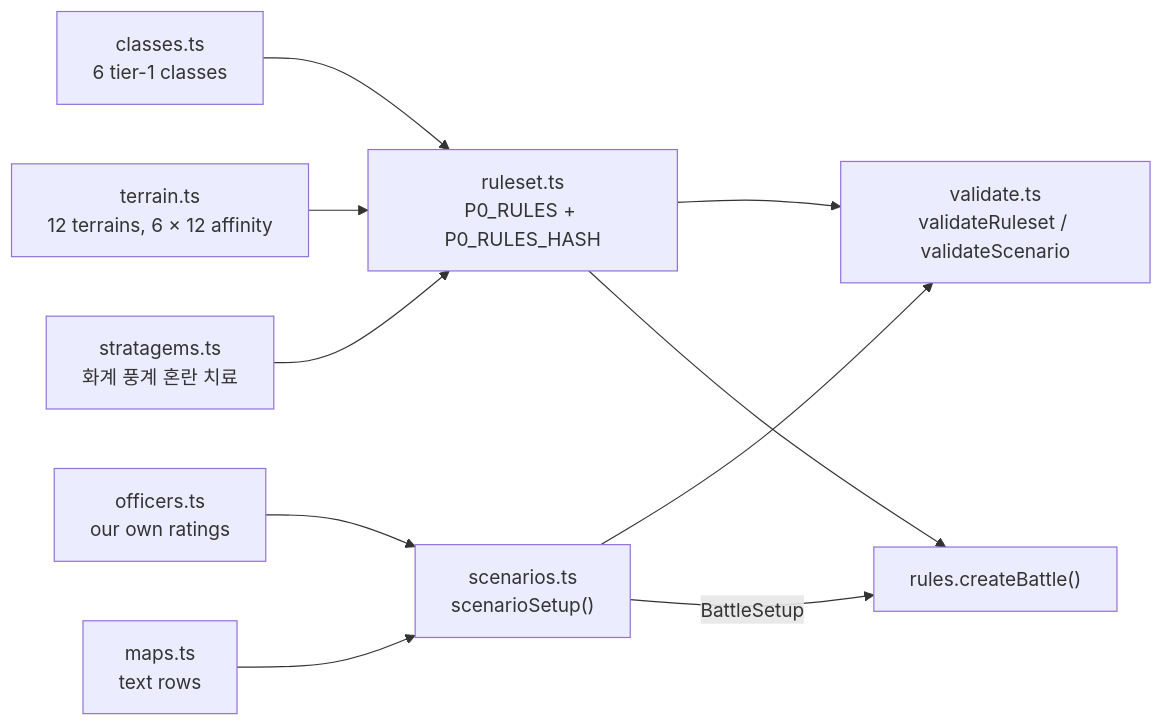
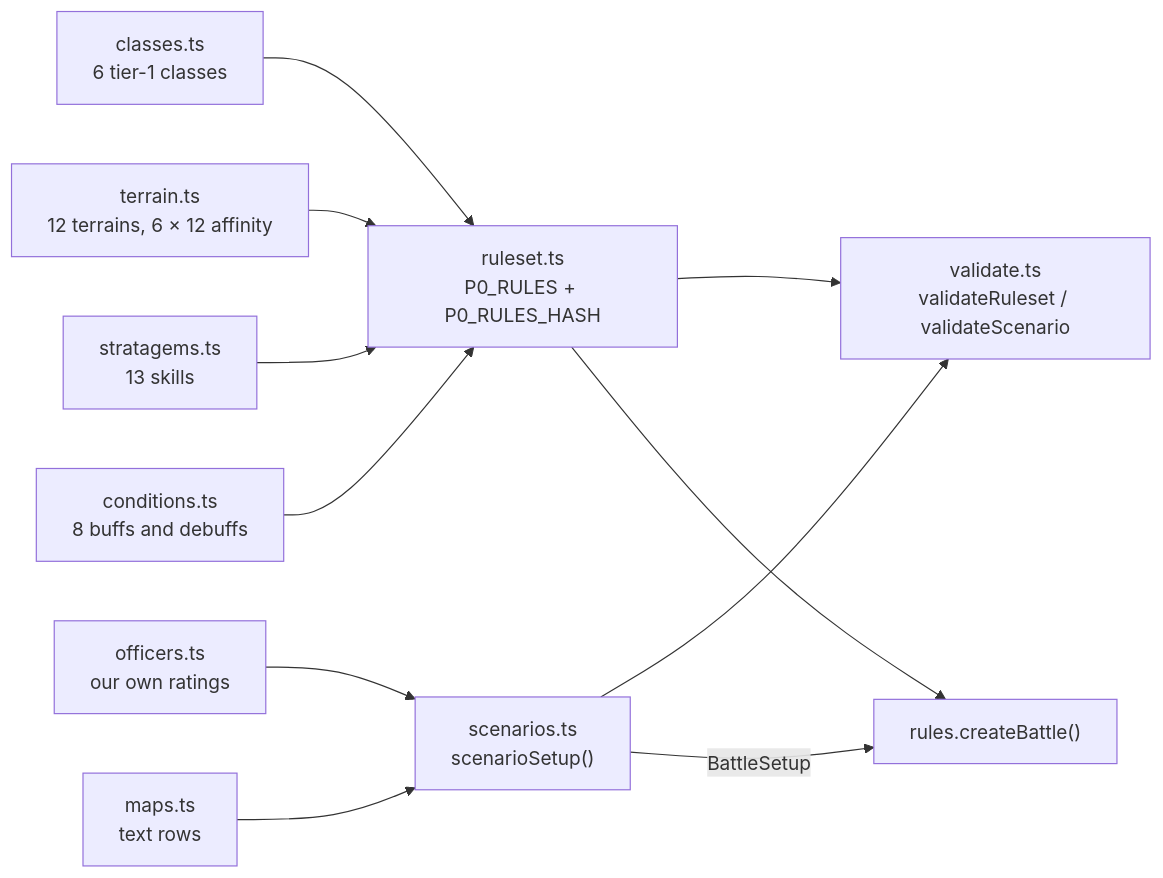
The fourth of 8 diagrams in docs/remake/ARCHITECTURE.md (dudueul/caocao), drawn with Mermaid before and after one commit. The commit also changed other lines of this file and 32 other files, not shown here.

First line of the commit message:
Conditions: stacking buffs and debuffs with rolled durations; 13 skills (ADR 0035, 0036)

````diff
--- a/docs/remake/ARCHITECTURE.md
+++ b/docs/remake/ARCHITECTURE.md
@@ -146,12 +148,13 @@
 ```mermaid
 flowchart LR
   CL["classes.ts<br/>6 tier-1 classes"] --> RS["ruleset.ts<br/>P0_RULES + P0_RULES_HASH"]
   TE["terrain.ts<br/>12 terrains, 6 × 12 affinity"] --> RS
-  SG["stratagems.ts<br/>화계 풍계 혼란 치료"] --> RS
+  SG["stratagems.ts<br/>13 skills"] --> RS
+  CO["conditions.ts<br/>8 buffs and debuffs"] --> RS
   OF["officers.ts<br/>our own ratings"] --> SC["scenarios.ts<br/>scenarioSetup()"]
   MP["maps.ts<br/>text rows"] --> SC
   RS --> VA["validate.ts<br/>validateRuleset / validateScenario"]
   SC --> VA
   SC -->|"BattleSetup"| CB["rules.createBattle()"]
   RS --> CB
 ```
````
